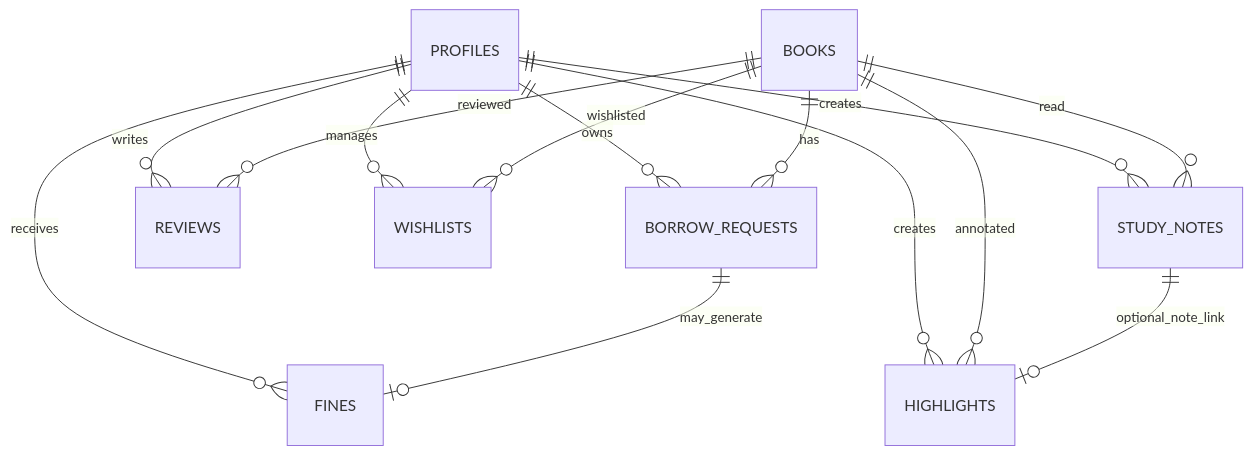
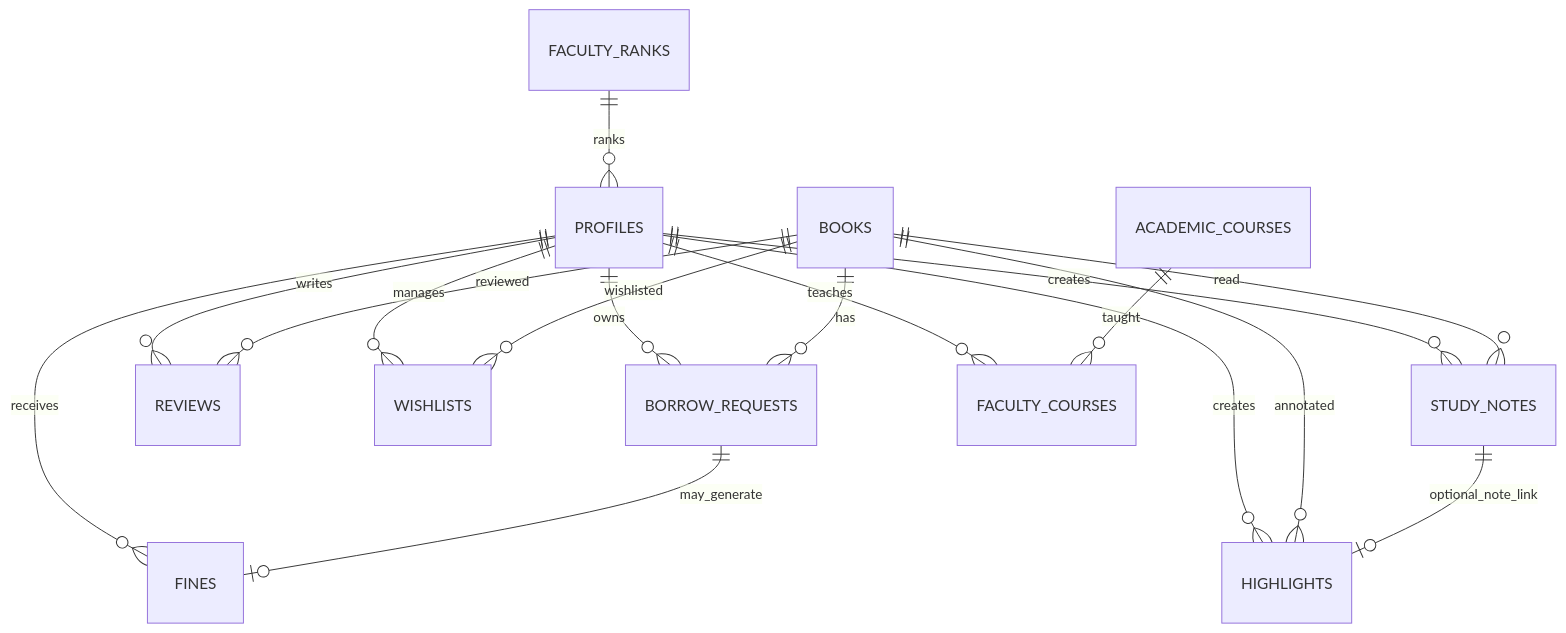
One commit to hirruaa/Smart_lib changed the diagram in SCHEMA.md. Above: the diagram before and after it, drawn with Mermaid. The commit also changed other lines of this file and 53 other files, not shown here.

````diff
--- a/SCHEMA.md
+++ b/SCHEMA.md
@@ -169,18 +232,21 @@
 ```mermaid
 erDiagram
   PROFILES ||--o{ BORROW_REQUESTS : owns
   PROFILES ||--o{ REVIEWS : writes
   PROFILES ||--o{ WISHLISTS : manages
   PROFILES ||--o{ STUDY_NOTES : creates
   PROFILES ||--o{ HIGHLIGHTS : creates
   PROFILES ||--o{ FINES : receives
+  PROFILES ||--o{ FACULTY_COURSES : teaches
+  FACULTY_RANKS ||--o{ PROFILES : ranks
+  ACADEMIC_COURSES ||--o{ FACULTY_COURSES : taught
 
   BOOKS ||--o{ BORROW_REQUESTS : has
   BOOKS ||--o{ REVIEWS : reviewed
   BOOKS ||--o{ WISHLISTS : wishlisted
   BOOKS ||--o{ STUDY_NOTES : read
   BOOKS ||--o{ HIGHLIGHTS : annotated
 
   BORROW_REQUESTS ||--o| FINES : may_generate
   STUDY_NOTES ||--o| HIGHLIGHTS : optional_note_link
 ```
````
